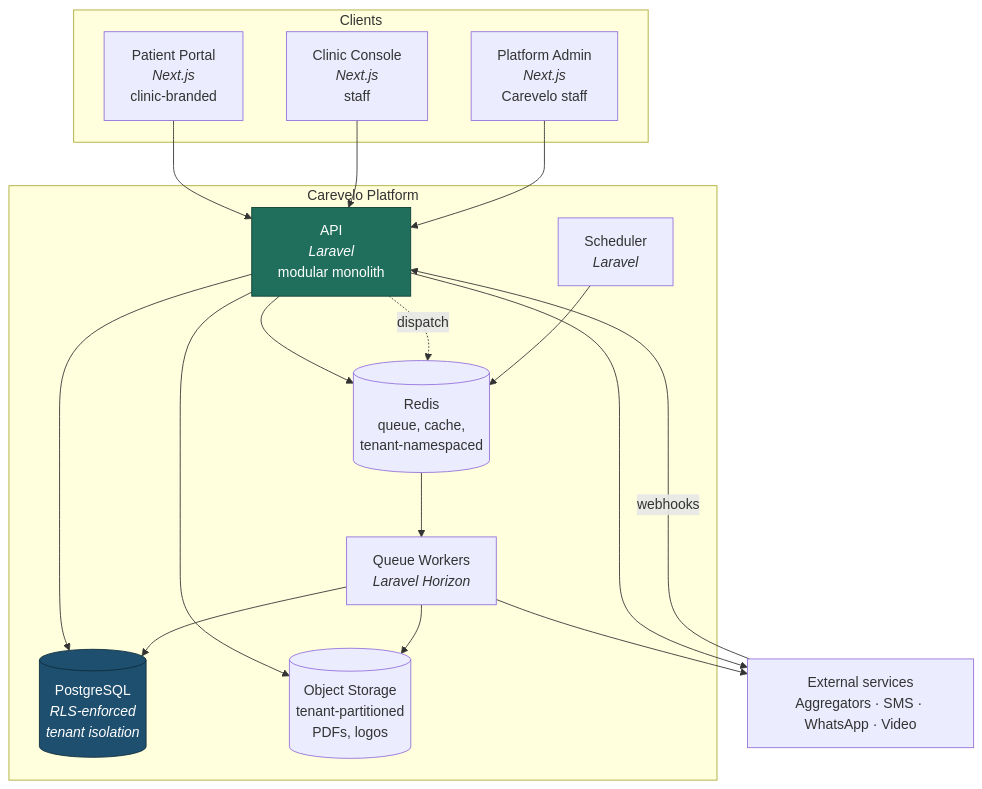
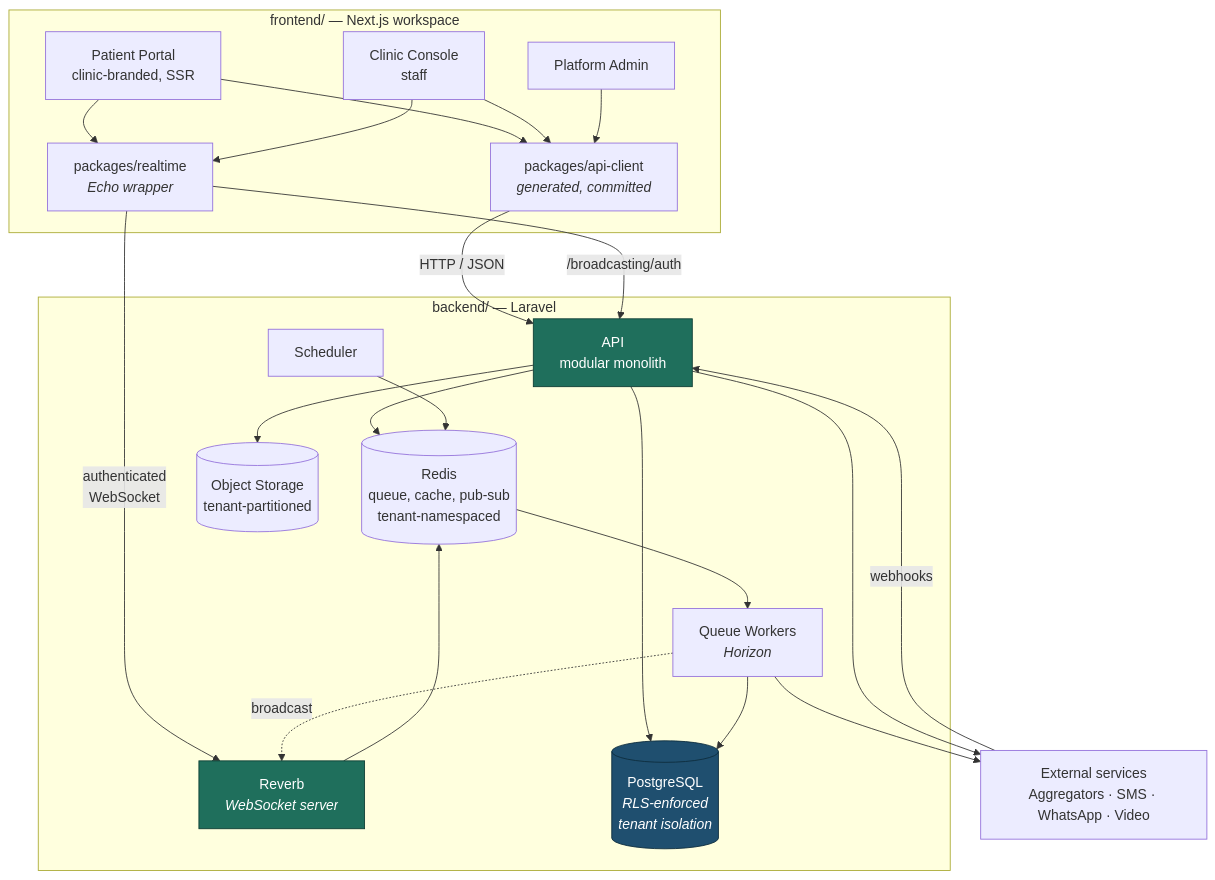
Before and after one commit to BAGOMBEKA-JOB-DEV/carevelo: the second of 4 diagrams in docs/30-architecture/system-context.md, drawn with Mermaid. The commit also changed other lines of this file and 21 other files, not shown here.

````diff
--- a/docs/30-architecture/system-context.md
+++ b/docs/30-architecture/system-context.md
@@ -53,40 +55,48 @@
 ```mermaid
 graph TB
-    subgraph Clients
-        PP["Patient Portal<br/><i>Next.js</i><br/>clinic-branded"]
-        CC["Clinic Console<br/><i>Next.js</i><br/>staff"]
-        PA["Platform Admin<br/><i>Next.js</i><br/>Carevelo staff"]
+    subgraph FE["frontend/ — Next.js workspace"]
+        PP["Patient Portal<br/>clinic-branded, SSR"]
+        CC["Clinic Console<br/>staff"]
+        PA["Platform Admin"]
+        RT["packages/realtime<br/><i>Echo wrapper</i>"]
+        AC["packages/api-client<br/><i>generated, committed</i>"]
     end
 
-    subgraph Platform["Carevelo Platform"]
-        API["API<br/><i>Laravel</i><br/>modular monolith"]
-        Worker["Queue Workers<br/><i>Laravel Horizon</i>"]
-        Sched["Scheduler<br/><i>Laravel</i>"]
+    subgraph BE["backend/ — Laravel"]
+        API["API<br/>modular monolith"]
+        RV["Reverb<br/><i>WebSocket server</i>"]
+        Worker["Queue Workers<br/><i>Horizon</i>"]
+        Sched["Scheduler"]
         DB[("PostgreSQL<br/><i>RLS-enforced<br/>tenant isolation</i>")]
-        Redis[("Redis<br/>queue, cache,<br/>tenant-namespaced")]
-        Obj[("Object Storage<br/>tenant-partitioned<br/>PDFs, logos")]
+        Redis[("Redis<br/>queue, cache, pub-sub<br/>tenant-namespaced")]
+        Obj[("Object Storage<br/>tenant-partitioned")]
     end
 
     Ext["External services<br/>Aggregators · SMS · WhatsApp · Video"]
 
-    PP --> API
-    CC --> API
-    PA --> API
+    PP --> AC
+    CC --> AC
+    PA --> AC
+    AC -->|"HTTP / JSON"| API
+    PP --> RT
+    CC --> RT
+    RT -->|"authenticated<br/>WebSocket"| RV
+    RT -->|"/broadcasting/auth"| API
 
     API --> DB
     API --> Redis
     API --> Obj
-    API -.->|dispatch| Redis
-
+    RV --> Redis
     Redis --> Worker
     Worker --> DB
-    Worker --> Obj
     Worker --> Ext
+    Worker -.->|"broadcast"| RV
     Sched --> Redis
 
     API --> Ext
-    Ext -->|webhooks| API
+    Ext -->|"webhooks"| API
 
     style DB fill:#1f4f6f,stroke:#0d2c3d,color:#fff
     style API fill:#1f6f5c,stroke:#0d3d33,color:#fff
+    style RV fill:#1f6f5c,stroke:#0d3d33,color:#fff
 ```
````
